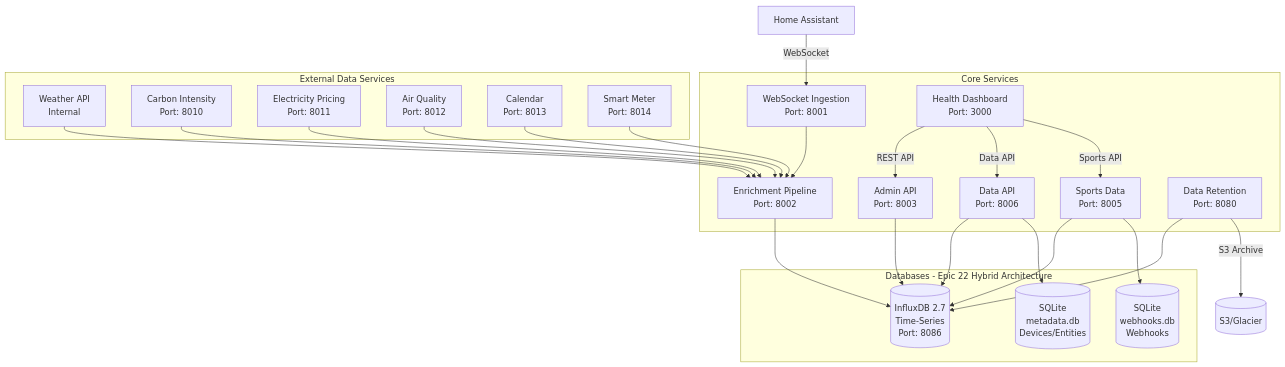
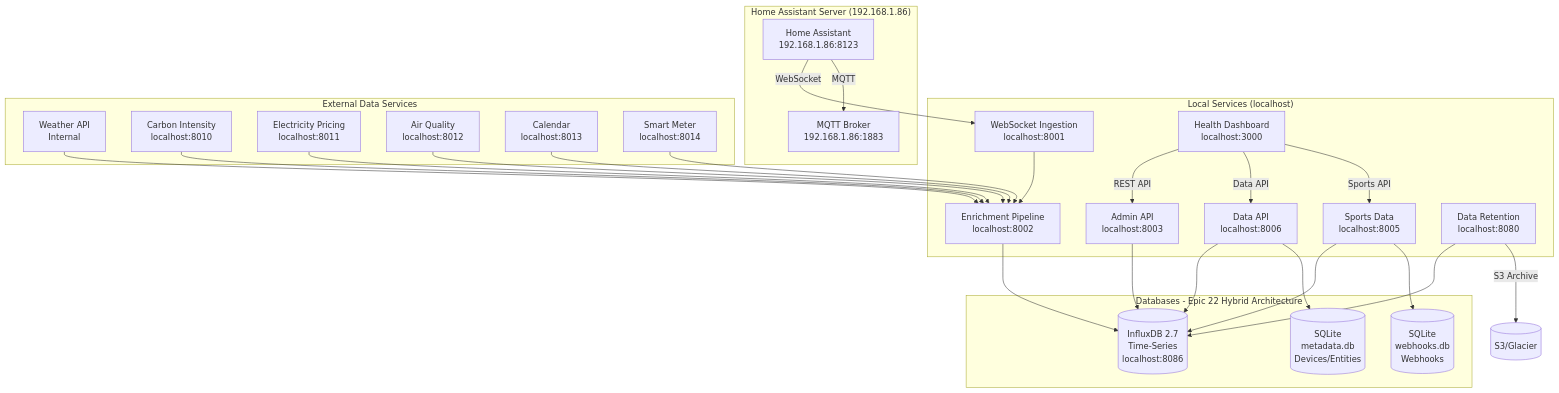
One commit to wtthornton/ha-ingestor changed the diagram in docs/architecture.md. Above: the diagram before and after it, drawn with Mermaid. The commit also changed other lines of this file and 126 other files, not shown here.

````diff
--- a/docs/architecture.md
+++ b/docs/architecture.md
@@ -21,51 +23,57 @@
 ```mermaid
 graph TB
-    HA[Home Assistant] -->|WebSocket| WS[WebSocket Ingestion<br/>Port: 8001]
-    WS --> ENRICH[Enrichment Pipeline<br/>Port: 8002]
-    ENRICH --> INFLUX[(InfluxDB 2.7<br/>Time-Series<br/>Port: 8086)]
+    HA[Home Assistant<br/>192.168.1.86:8123] -->|WebSocket| WS[WebSocket Ingestion<br/>localhost:8001]
+    HA -->|MQTT| MQTT[MQTT Broker<br/>192.168.1.86:1883]
+    WS --> ENRICH[Enrichment Pipeline<br/>localhost:8002]
+    ENRICH --> INFLUX[(InfluxDB 2.7<br/>Time-Series<br/>localhost:8086)]
     
-    DASH[Health Dashboard<br/>Port: 3000] -->|REST API| ADMIN[Admin API<br/>Port: 8003]
-    DASH -->|Data API| DATA[Data API<br/>Port: 8006]
-    DASH -->|Sports API| SPORTS[Sports Data<br/>Port: 8005]
+    DASH[Health Dashboard<br/>localhost:3000] -->|REST API| ADMIN[Admin API<br/>localhost:8003]
+    DASH -->|Data API| DATA[Data API<br/>localhost:8006]
+    DASH -->|Sports API| SPORTS[Sports Data<br/>localhost:8005]
     
     ADMIN --> INFLUX
     DATA --> INFLUX
     DATA --> SQLITE1[(SQLite<br/>metadata.db<br/>Devices/Entities)]
     SPORTS --> INFLUX
     SPORTS --> SQLITE2[(SQLite<br/>webhooks.db<br/>Webhooks)]
     
     WEATHER[Weather API<br/>Internal] --> ENRICH
-    CARBON[Carbon Intensity<br/>Port: 8010] --> ENRICH
-    PRICING[Electricity Pricing<br/>Port: 8011] --> ENRICH
-    AIRQ[Air Quality<br/>Port: 8012] --> ENRICH
-    CAL[Calendar<br/>Port: 8013] --> ENRICH
-    METER[Smart Meter<br/>Port: 8014] --> ENRICH
+    CARBON[Carbon Intensity<br/>localhost:8010] --> ENRICH
+    PRICING[Electricity Pricing<br/>localhost:8011] --> ENRICH
+    AIRQ[Air Quality<br/>localhost:8012] --> ENRICH
+    CAL[Calendar<br/>localhost:8013] --> ENRICH
+    METER[Smart Meter<br/>localhost:8014] --> ENRICH
     
-    RETENTION[Data Retention<br/>Port: 8080] --> INFLUX
+    RETENTION[Data Retention<br/>localhost:8080] --> INFLUX
     RETENTION -->|S3 Archive| S3[(S3/Glacier)]
     
-    subgraph "Core Services"
+    subgraph "Local Services (localhost)"
         WS
         ENRICH
         ADMIN
         DATA
         SPORTS
         DASH
         RETENTION
+    end
+    
+    subgraph "Home Assistant Server (192.168.1.86)"
+        HA
+        MQTT
     end
     
     subgraph "Databases - Epic 22 Hybrid Architecture"
         INFLUX
         SQLITE1
         SQLITE2
     end
     
     subgraph "External Data Services"
         WEATHER
         CARBON
         PRICING
         AIRQ
         CAL
         METER
     end
 ```
````
